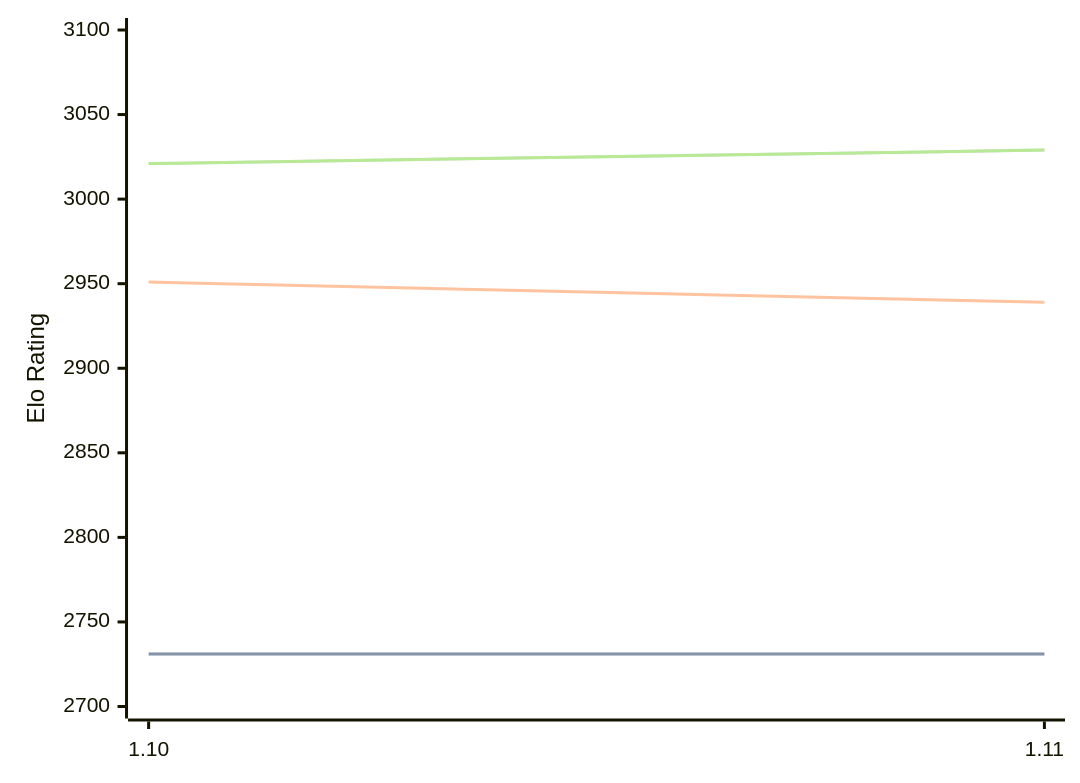
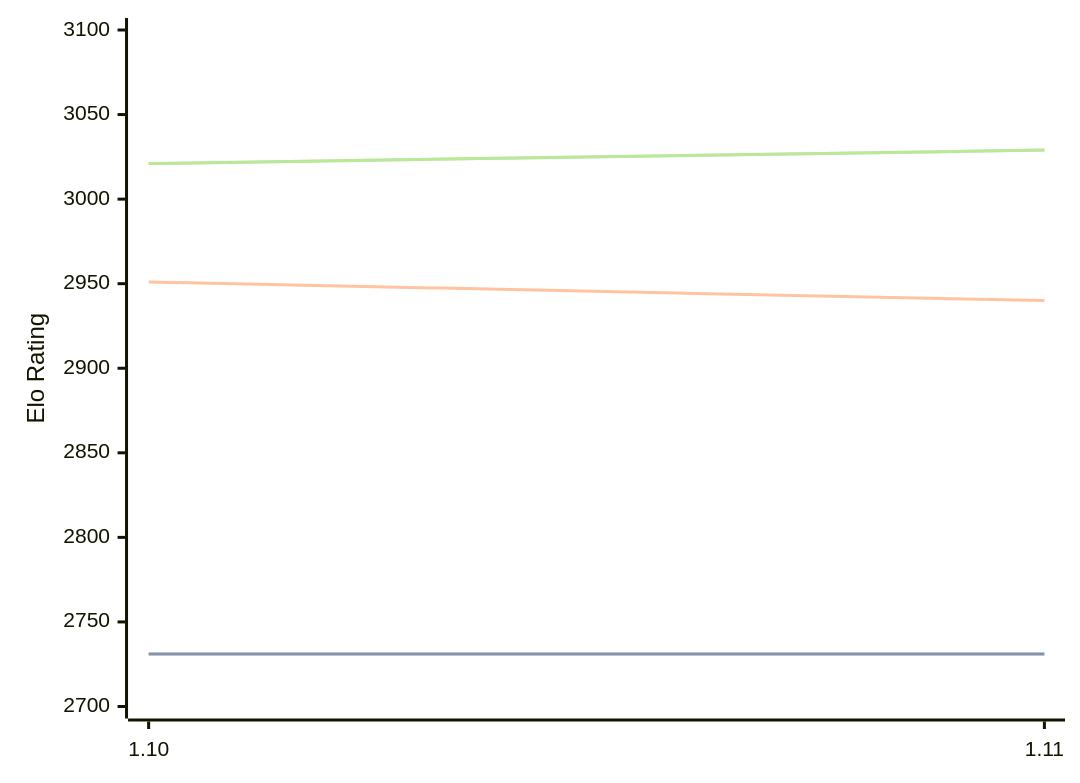
One commit to computer-chess-index/cci changed the diagram in engines/Roc.md. Above: the diagram before and after it, drawn with Mermaid. The commit also changed other lines of this file, not shown here.

````diff
--- a/engines/Roc.md
+++ b/engines/Roc.md
@@ -42,11 +42,11 @@
 ```mermaid
 %%{init: {"theme":"base","themeVariables":{"seriesColors:['#a3a3a3','#222221','#faa371']}}}%%
 xychart-beta
   x-axis ["1.10", "1.11"]
   y-axis "Elo Rating" 2700 --> 3100
   line "STC (8.0+0.08s)" [2731, 2731]
   line "STC (8.0+0.08s)" [2731, 2731]
-  line "LTC (60.0+0.60s)" [2951, 2939]
+  line "LTC (60.0+0.60s)" [2951, 2940]
   line "VLTC (2m24s+1.12s)" [3021, 3029]
   line "VLTC (2m24s+1.12s)" [3021, 3029]
 ```
````
